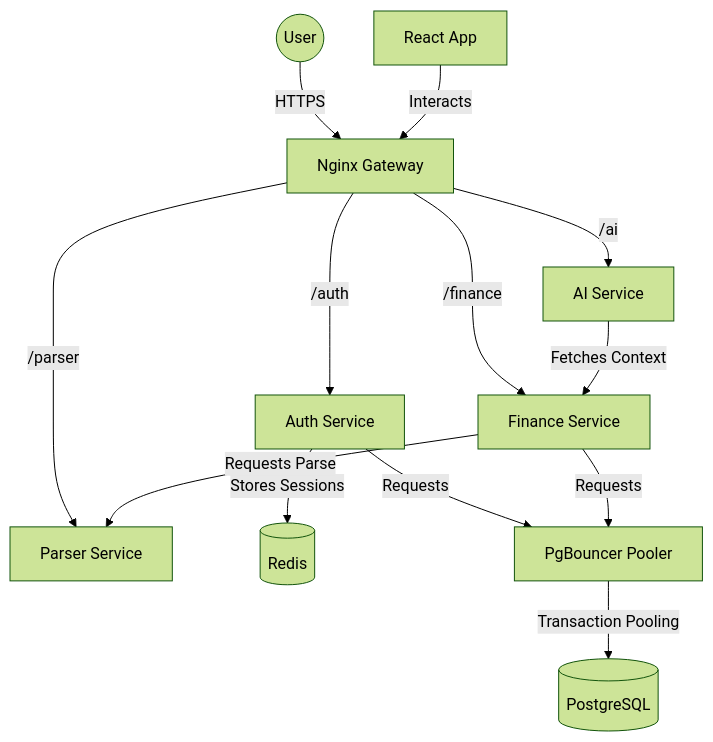
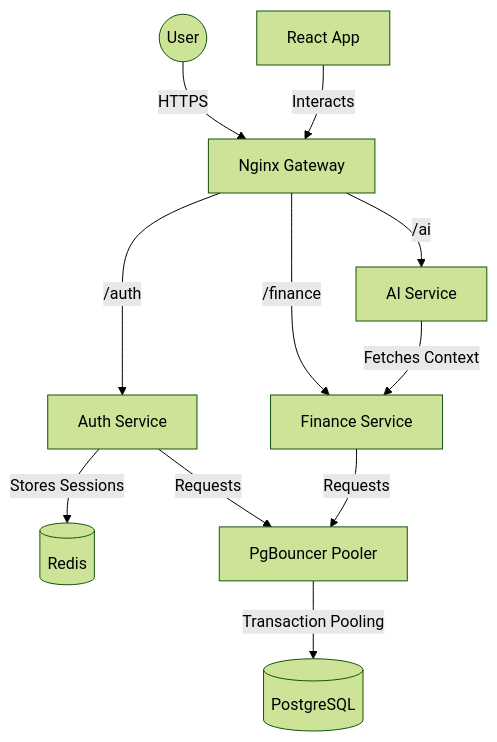
Before and after one commit to Roonie76/Spendsy: the diagram in ARCHITECTURE.md, drawn with Mermaid (forest theme). The commit also changed other lines of this file and 4 other files, not shown here.

Commit message:
docs: update architecture and setup documentation for digital deterministic parsing

````diff
--- a/ARCHITECTURE.md
+++ b/ARCHITECTURE.md
@@ -9,18 +9,16 @@
 ```mermaid
 graph TD
     User((User)) -->|HTTPS| Nginx[Nginx Gateway]
     Nginx -->|/auth| Auth[Auth Service]
     Nginx -->|/finance| Finance[Finance Service]
-    Nginx -->|/parser| Parser[Parser Service]
     Nginx -->|/ai| AI[AI Service]
     
     Auth -->|Stores Sessions| Redis[(Redis)]
-    Finance -->|Requests Parse| Parser
     AI -->|Fetches Context| Finance
     
     Auth -->|Requests| PgBouncer[PgBouncer Pooler]
     Finance -->|Requests| PgBouncer
     PgBouncer -->|Transaction Pooling| DB[(PostgreSQL)]
     
     Frontend[React App] -->|Interacts| Nginx
 ```
````
